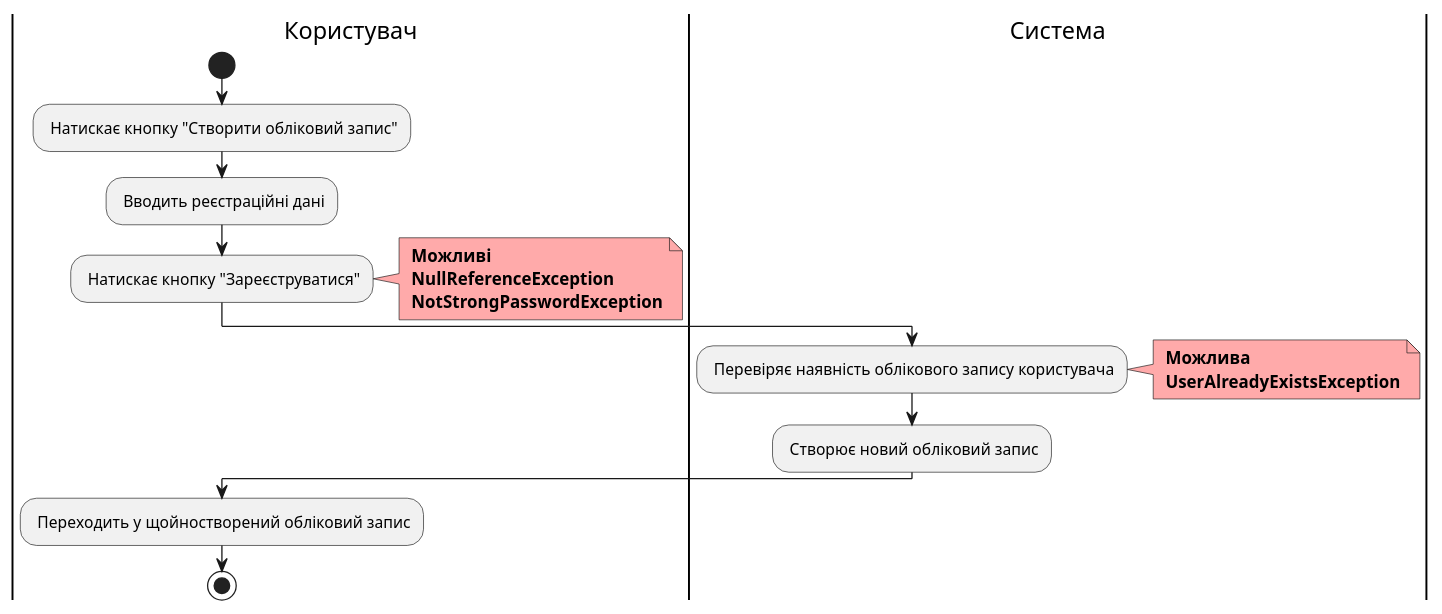
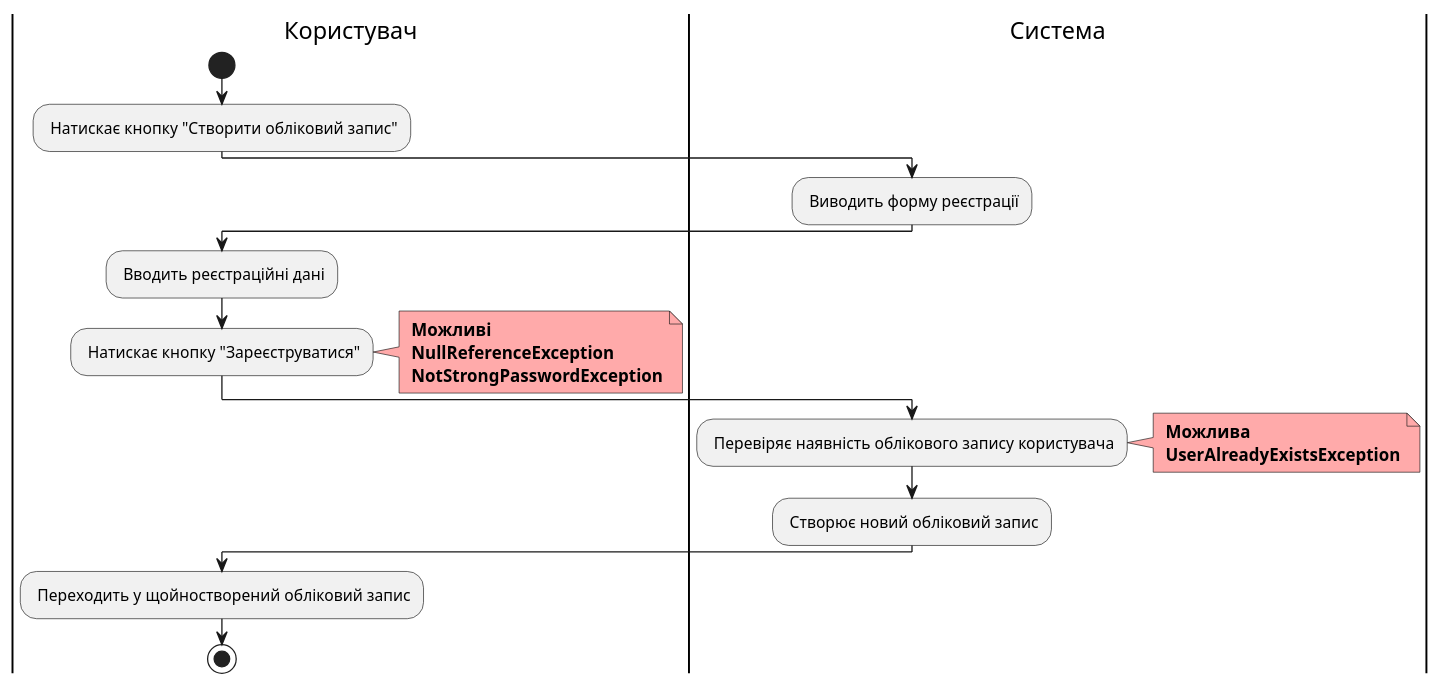
The fourth of 10 diagrams in docs/use cases/README.md (witchkaa/databases-course-work), drawn with PlantUML before and after one commit. The commit also changed other lines of this file, not shown here.

```diff
--- a/docs/use cases/README.md
+++ b/docs/use cases/README.md
@@ -175,26 +175,31 @@
 @startuml
 
     |Користувач|
     start;
     : Натискає кнопку "Створити обліковий запис";
+
+    |Система|
+        : Виводить форму реєстрації;
+
+    |Користувач|
     : Вводить реєстраційні дані;
     : Натискає кнопку "Зареєструватися";
     note right #ffaaaa
     <b> Можливі
     <b> NullReferenceException
     <b> NotStrongPasswordException
     end note
     
     |Система|
     : Перевіряє наявність облікового запису користувача;
     note right #ffaaaa
     <b> Можлива
     <b> UserAlreadyExistsException
     end note
     
     : Створює новий обліковий запис;
     
     |Користувач|
     : Переходить у щойностворений обліковий запис;
     stop;
 @enduml
```
